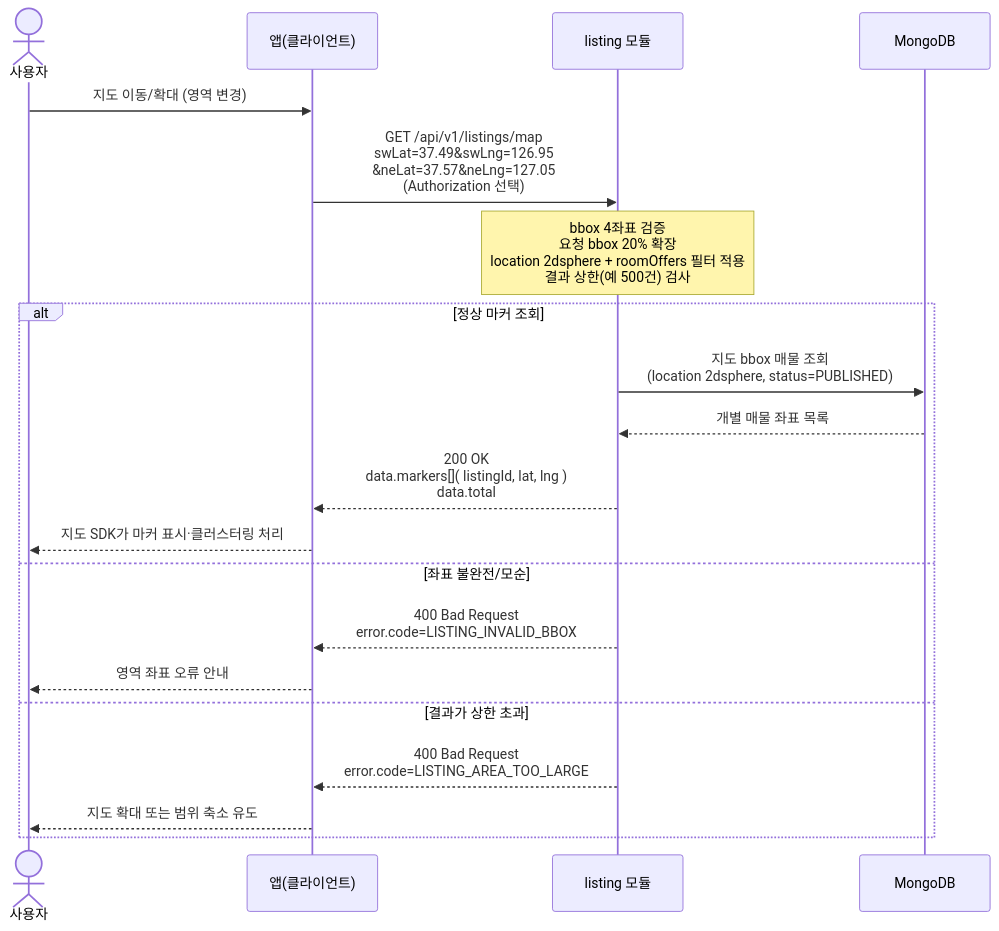
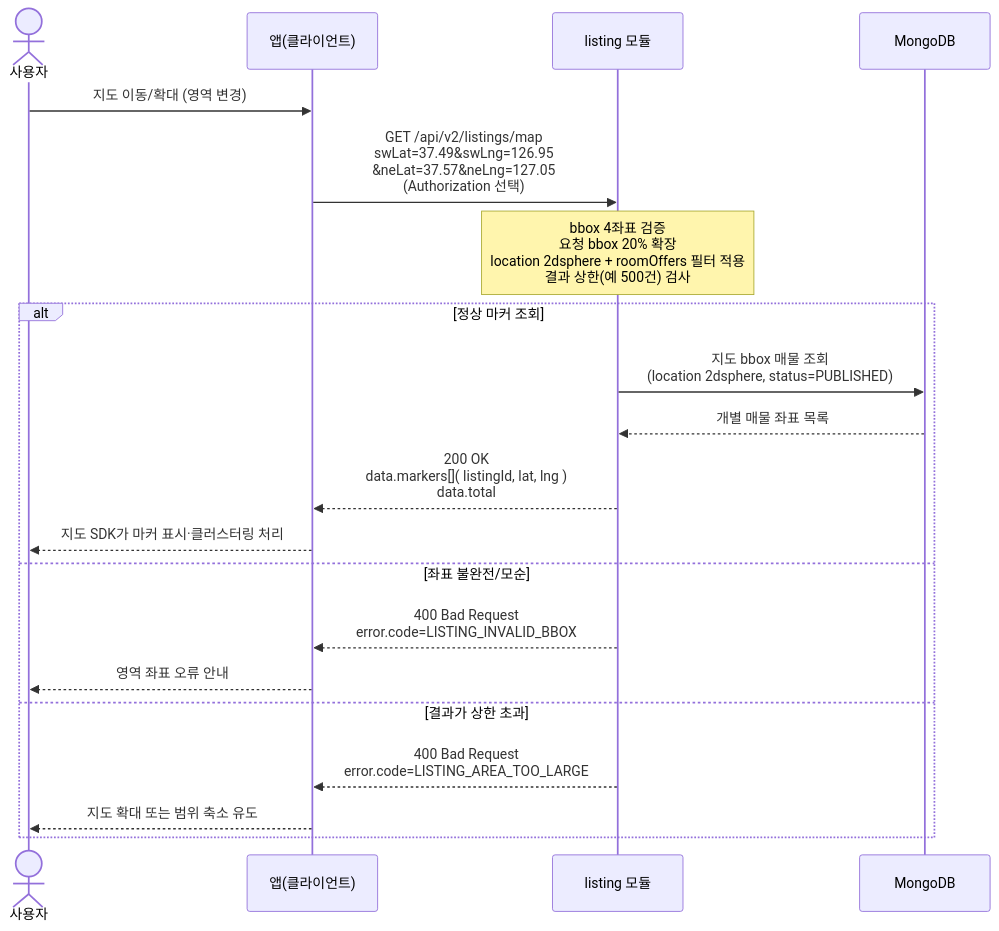
Before and after one commit to jameskim9509/Kohere-backend: the diagram in docs/architecture/sequence-diagrams/03-listings-favorites/us-3-2-map-bbox-cluster-search.md, drawn with Mermaid. The commit also changed other lines of this file and 210 other files, not shown here.

````diff
--- a/docs/architecture/sequence-diagrams/03-listings-favorites/us-3-2-map-bbox-cluster-search.md
+++ b/docs/architecture/sequence-diagrams/03-listings-favorites/us-3-2-map-bbox-cluster-search.md
@@ -5,23 +7,23 @@
 ```mermaid
 sequenceDiagram
     actor U as 사용자
     participant C as 앱(클라이언트)
     participant LIST as listing 모듈
     participant DB as MongoDB
 
     U->>C: 지도 이동/확대 (영역 변경)
-    C->>LIST: GET /api/v1/listings/map<br/>swLat=37.49&swLng=126.95<br/>&neLat=37.57&neLng=127.05<br/>(Authorization 선택)
+    C->>LIST: GET /api/v2/listings/map<br/>swLat=37.49&swLng=126.95<br/>&neLat=37.57&neLng=127.05<br/>(Authorization 선택)
     Note over LIST: bbox 4좌표 검증<br/>요청 bbox 20% 확장<br/>location 2dsphere + roomOffers 필터 적용<br/>결과 상한(예 500건) 검사
     alt 정상 마커 조회
         LIST->>DB: 지도 bbox 매물 조회<br/>(location 2dsphere, status=PUBLISHED)
         DB-->>LIST: 개별 매물 좌표 목록
         LIST-->>C: 200 OK<br/>data.markers[]( listingId, lat, lng )<br/>data.total
         C-->>U: 지도 SDK가 마커 표시·클러스터링 처리
     else 좌표 불완전/모순
         LIST-->>C: 400 Bad Request<br/>error.code=LISTING_INVALID_BBOX
         C-->>U: 영역 좌표 오류 안내
     else 결과가 상한 초과
         LIST-->>C: 400 Bad Request<br/>error.code=LISTING_AREA_TOO_LARGE
         C-->>U: 지도 확대 또는 범위 축소 유도
     end
 ```
````
